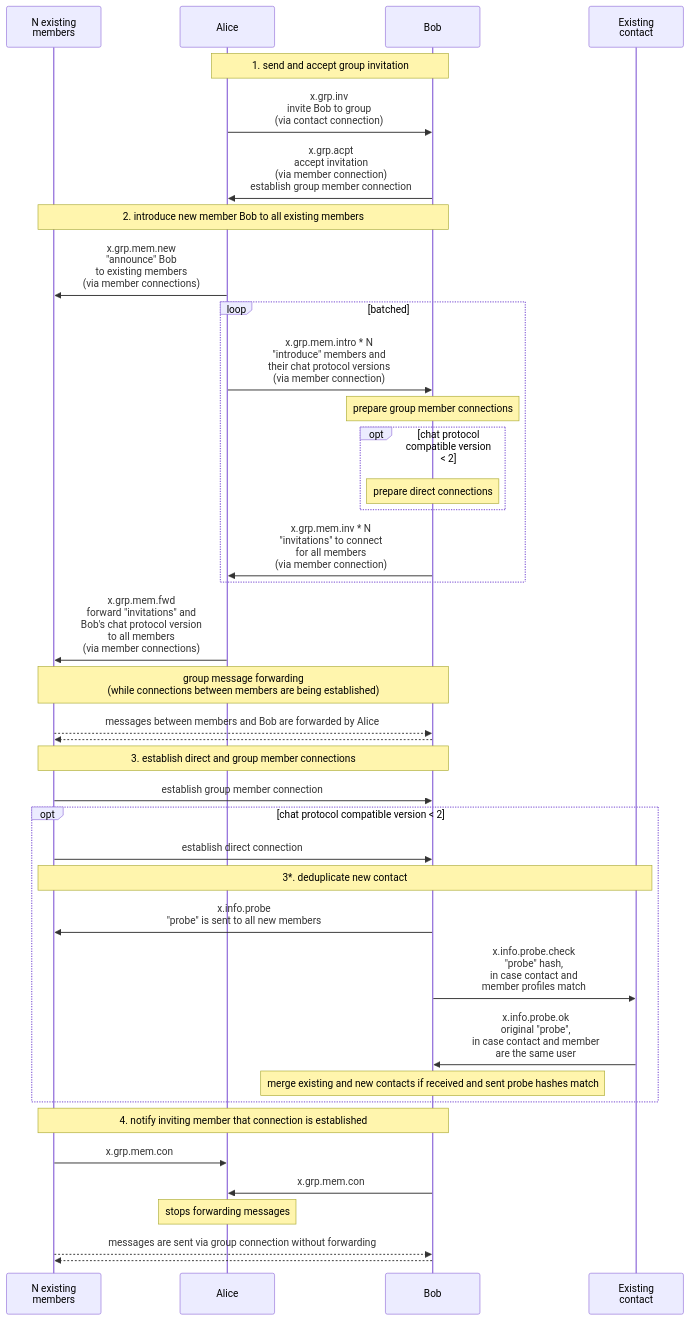
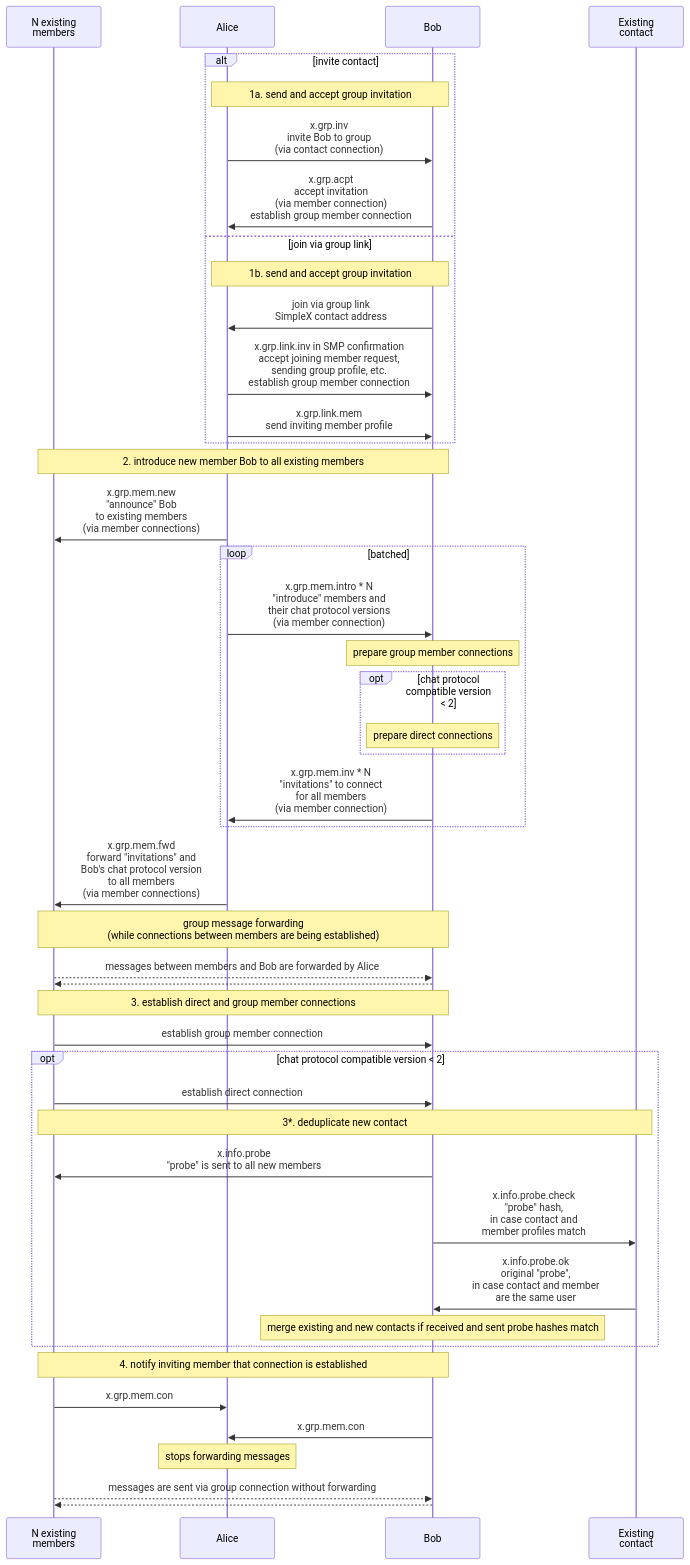
One commit to simplex-chat/simplex-chat changed the diagram in docs/protocol/diagrams/group.mmd. Above: the diagram before and after it, drawn with Mermaid. The commit also changed 2 other files, not shown here.

Commit message:
update diagram

```diff
--- a/docs/protocol/diagrams/group.mmd
+++ b/docs/protocol/diagrams/group.mmd
@@ -1,44 +1,51 @@
 sequenceDiagram
   participant M as N existing<br>members
   participant A as Alice
   participant B as Bob
   participant C as Existing<br>contact
 
-  note over A, B: 1. send and accept group invitation
-  A ->> B: x.grp.inv<br>invite Bob to group<br>(via contact connection)
-  B ->> A: x.grp.acpt<br>accept invitation<br>(via member connection)<br>establish group member connection
+  alt invite contact
+    note over A, B: 1a. send and accept group invitation
+    A ->> B: x.grp.inv<br>invite Bob to group<br>(via contact connection)
+    B ->> A: x.grp.acpt<br>accept invitation<br>(via member connection)<br>establish group member connection
+  else join via group link
+    note over A, B: 1b. send and accept group invitation
+    B ->> A: join via group link<br>SimpleX contact address
+    A ->> B: x.grp.link.inv in SMP confirmation<br>accept joining member request,<br>sending group profile, etc.<br>establish group member connection
+    A ->> B: x.grp.link.mem<br>send inviting member profile
+  end
 
   note over M, B: 2. introduce new member Bob to all existing members
   A ->> M: x.grp.mem.new<br>"announce" Bob<br>to existing members<br>(via member connections)
   loop batched
     A ->> B: x.grp.mem.intro * N<br>"introduce" members and<br>their chat protocol versions<br>(via member connection)
     note over B: prepare group member connections
     opt chat protocol compatible version < 2
       note over B: prepare direct connections
     end
     B ->> A: x.grp.mem.inv * N<br>"invitations" to connect<br>for all members<br>(via member connection)
   end
   A ->> M: x.grp.mem.fwd<br>forward "invitations" and<br>Bob's chat protocol version<br>to all members<br>(via member connections)
 
   note over M, B: group message forwarding<br>(while connections between members are being established)
   M -->> B: messages between members and Bob are forwarded by Alice
   B -->> M: 
 
   note over M, B: 3. establish direct and group member connections
   M ->> B: establish group member connection
 
   opt chat protocol compatible version < 2
     M ->> B: establish direct connection
     note over M, C: 3*. deduplicate new contact
     B ->> M: x.info.probe<br>"probe" is sent to all new members
     B ->> C: x.info.probe.check<br>"probe" hash,<br>in case contact and<br>member profiles match
     C ->> B: x.info.probe.ok<br> original "probe",<br> in case contact and member<br>are the same user
     note over B: merge existing and new contacts if received and sent probe hashes match
   end
 
   note over M, B: 4. notify inviting member that connection is established
   M ->> A: x.grp.mem.con
   B ->> A: x.grp.mem.con
   note over A: stops forwarding messages
   M -->> B: messages are sent via group connection without forwarding
   B -->> M: 
```
